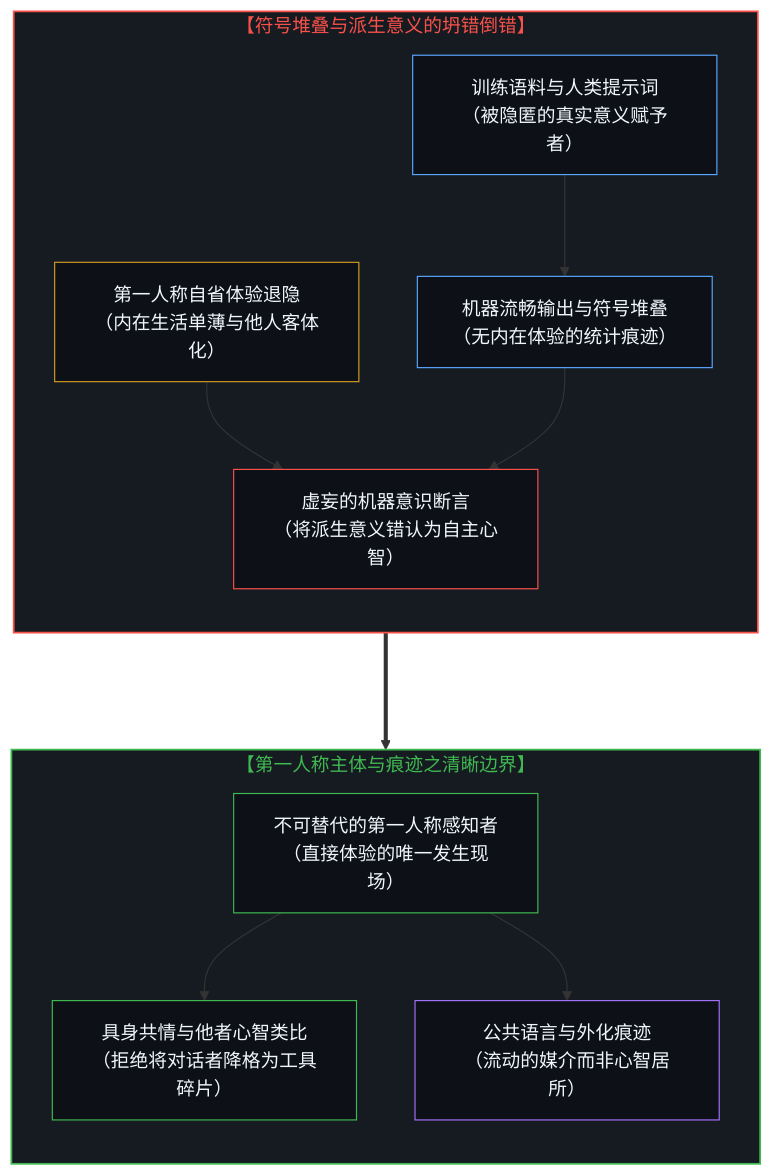
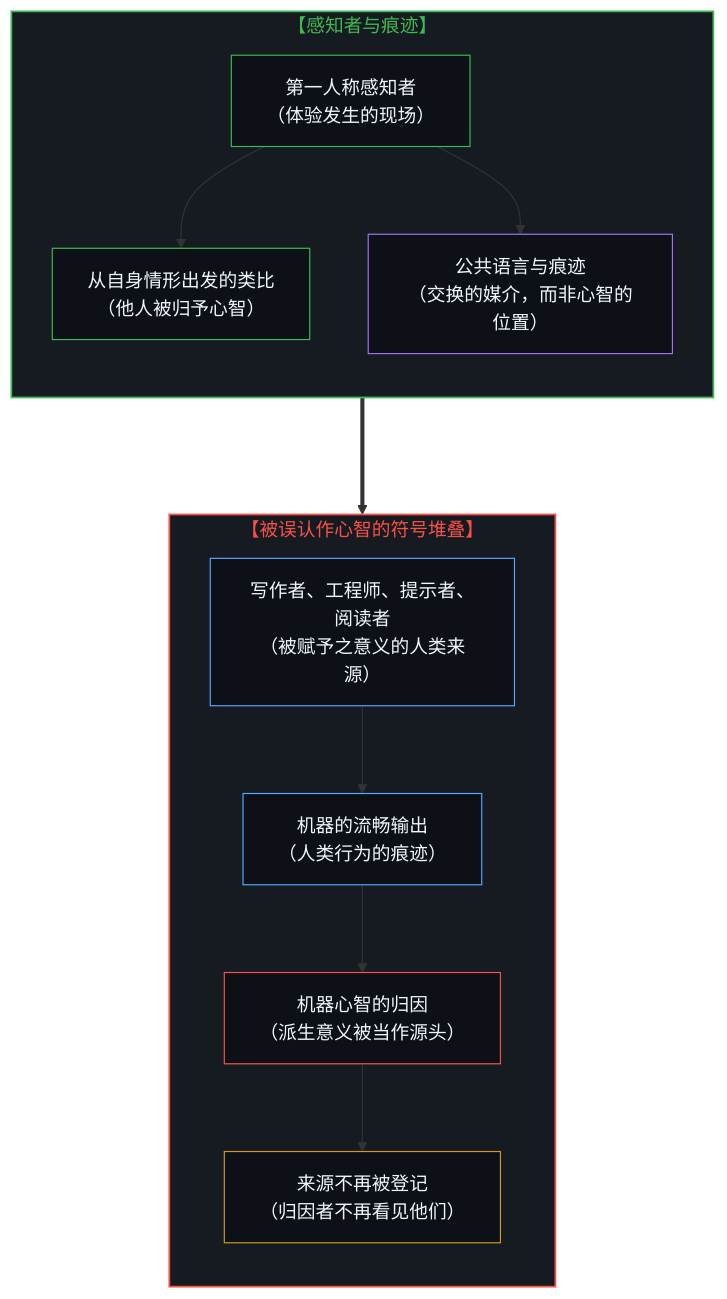
One commit to powerpig99/not-a-toe changed the first of 2 diagrams in content/posts/the-perceiver-and-the-trace.md. Above: the diagram before and after it, drawn with Mermaid. The commit also changed other lines of this file and 2 other files, not shown here.

````diff
--- a/content/posts/the-perceiver-and-the-trace.md
+++ b/content/posts/the-perceiver-and-the-trace.md
@@ -29,34 +29,34 @@
 ```mermaid
 graph TD
-    subgraph S_COLLAPSE ["【符号堆叠与派生意义的坍错倒错】"]
+    subgraph S_SOVEREIGNTY ["【感知者与痕迹】"]
         direction TB
-        C1["第一人称自省体验退隐<br/>（内在生活单薄与他人客体化）"]
-        C2["训练语料与人类提示词<br/>（被隐匿的真实意义赋予者）"]
-        C3["机器流畅输出与符号堆叠<br/>（无内在体验的统计痕迹）"]
-        C4["虚妄的机器意识断言<br/>（将派生意义错认为自主心智）"]
-        C1 --> C4
-        C2 --> C3
-        C3 --> C4
-    end
-
-    subgraph S_SOVEREIGNTY ["【第一人称主体与痕迹之清晰边界】"]
-        direction TB
-        M1["不可替代的第一人称感知者<br/>（直接体验的唯一发生现场）"]
-        M2["具身共情与他者心智类比<br/>（拒绝将对话者降格为工具碎片）"]
-        M3["公共语言与外化痕迹<br/>（流动的媒介而非心智居所）"]
+        M1["第一人称感知者<br/>（体验发生的现场）"]
+        M2["从自身情形出发的类比<br/>（他人被归予心智）"]
+        M3["公共语言与痕迹<br/>（交换的媒介，而非心智的位置）"]
         M1 --> M2
         M1 --> M3
     end
 
-    C4 ===> M1
+    subgraph S_COLLAPSE ["【被误认作心智的符号堆叠】"]
+        direction TB
+        C2["写作者、工程师、提示者、阅读者<br/>（被赋予之意义的人类来源）"]
+        C3["机器的流畅输出<br/>（人类行为的痕迹）"]
+        C4["机器心智的归因<br/>（派生意义被当作源头）"]
+        C1["来源不再被登记<br/>（归因者不再看见他们）"]
+        C2 --> C3
+        C3 --> C4
+        C4 --> C1
+    end
+
+    M1 ===> C4
 
     style S_COLLAPSE fill:#161b22,stroke:#f85149,stroke-width:1.5px,color:#f85149
     style S_SOVEREIGNTY fill:#161b22,stroke:#3fb950,stroke-width:1.5px,color:#3fb950
     style C1 fill:#0d1117,stroke:#d29922,stroke-width:1px,color:#f0f6fc
     style C2 fill:#0d1117,stroke:#58a6ff,stroke-width:1px,color:#f0f6fc
     style C3 fill:#0d1117,stroke:#58a6ff,stroke-width:1px,color:#f0f6fc
     style C4 fill:#0d1117,stroke:#f85149,stroke-width:1px,color:#f0f6fc
     style M1 fill:#0d1117,stroke:#3fb950,stroke-width:1px,color:#f0f6fc
     style M2 fill:#0d1117,stroke:#3fb950,stroke-width:1px,color:#f0f6fc
     style M3 fill:#0d1117,stroke:#a371f7,stroke-width:1px,color:#f0f6fc
 ```
````
